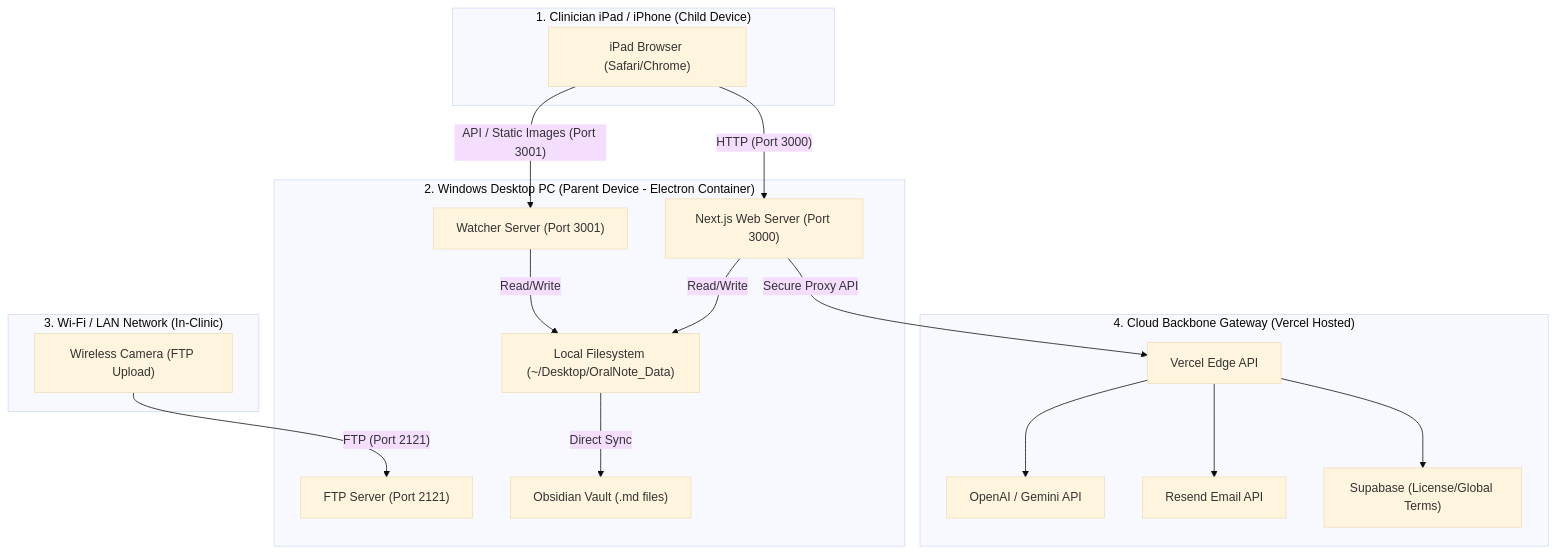
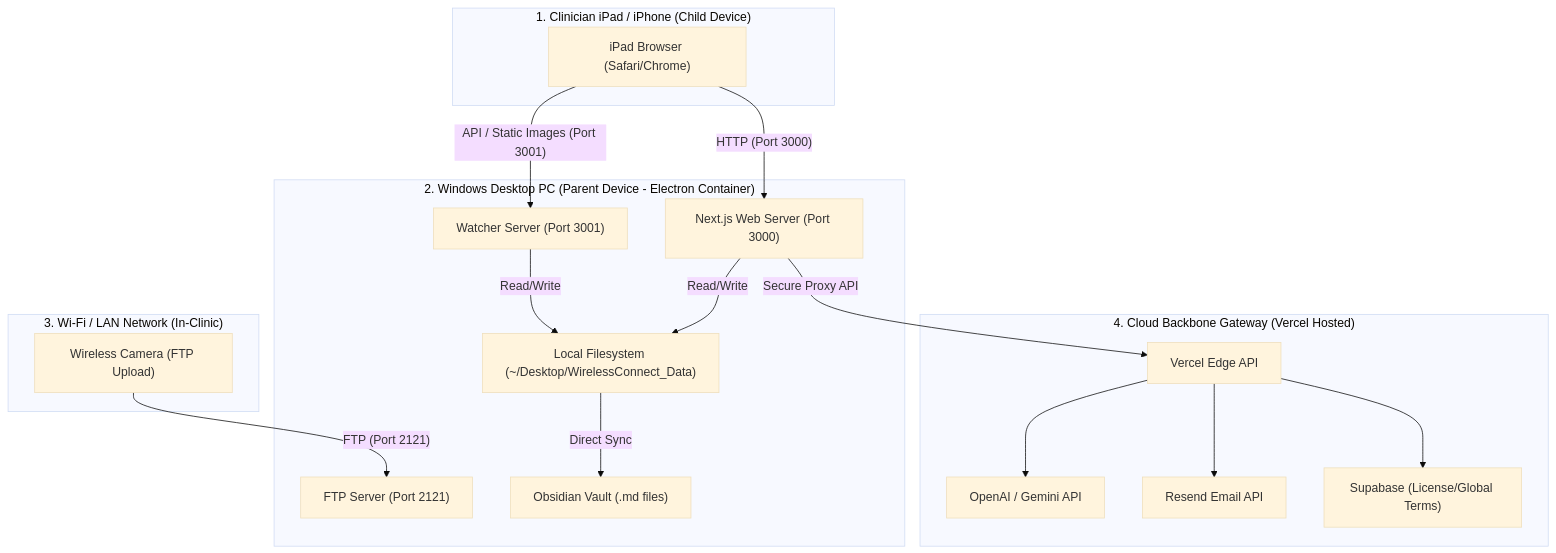
The first of 3 diagrams in OralNote_System_Specifications.md (oralphotograph-matsushima/dental_os), drawn with Mermaid (base theme) before and after one commit. The commit also changed other lines of this file and 26 other files, not shown here.

````diff
--- a/OralNote_System_Specifications.md
+++ b/OralNote_System_Specifications.md
@@ -26,41 +26,41 @@
 ```mermaid
 flowchart TB
     subgraph "1. Clinician iPad / iPhone (Child Device)"
         iPad["iPad Browser (Safari/Chrome)"]
     end
 
     subgraph "2. Windows Desktop PC (Parent Device - Electron Container)"
         NextJS["Next.js Web Server (Port 3000)"]
         Watcher["Watcher Server (Port 3001)"]
         FTPSrv["FTP Server (Port 2121)"]
-        LocalFile["Local Filesystem (~/Desktop/OralNote_Data)"]
+        LocalFile["Local Filesystem (~/Desktop/WirelessConnect_Data)"]
         Obsidian["Obsidian Vault (.md files)"]
     end
 
     subgraph "3. Wi-Fi / LAN Network (In-Clinic)"
         Camera["Wireless Camera (FTP Upload)"]
     end
 
     subgraph "4. Cloud Backbone Gateway (Vercel Hosted)"
         VercelAPI["Vercel Edge API"]
         OpenAI["OpenAI / Gemini API"]
         Resend["Resend Email API"]
         Supabase["Supabase (License/Global Terms)"]
     end
 
     %% Network Connections
     iPad -- "HTTP (Port 3000)" --> NextJS
     iPad -- "API / Static Images (Port 3001)" --> Watcher
     Camera -- "FTP (Port 2121)" --> FTPSrv
     
     %% Local disk
     Watcher -- "Read/Write" --> LocalFile
     NextJS -- "Read/Write" --> LocalFile
     LocalFile -- "Direct Sync" --> Obsidian
     
     %% Cloud connections
     NextJS -- "Secure Proxy API" --> VercelAPI
     VercelAPI --> OpenAI
     VercelAPI --> Resend
     VercelAPI --> Supabase
 ```
````
